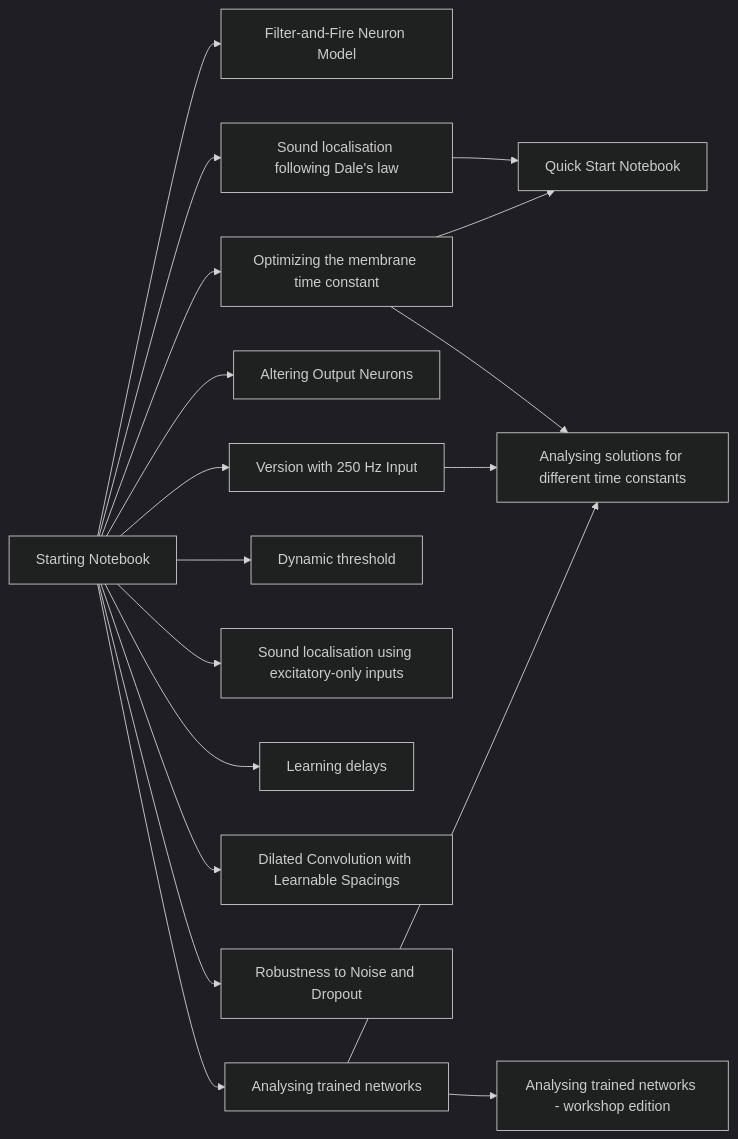
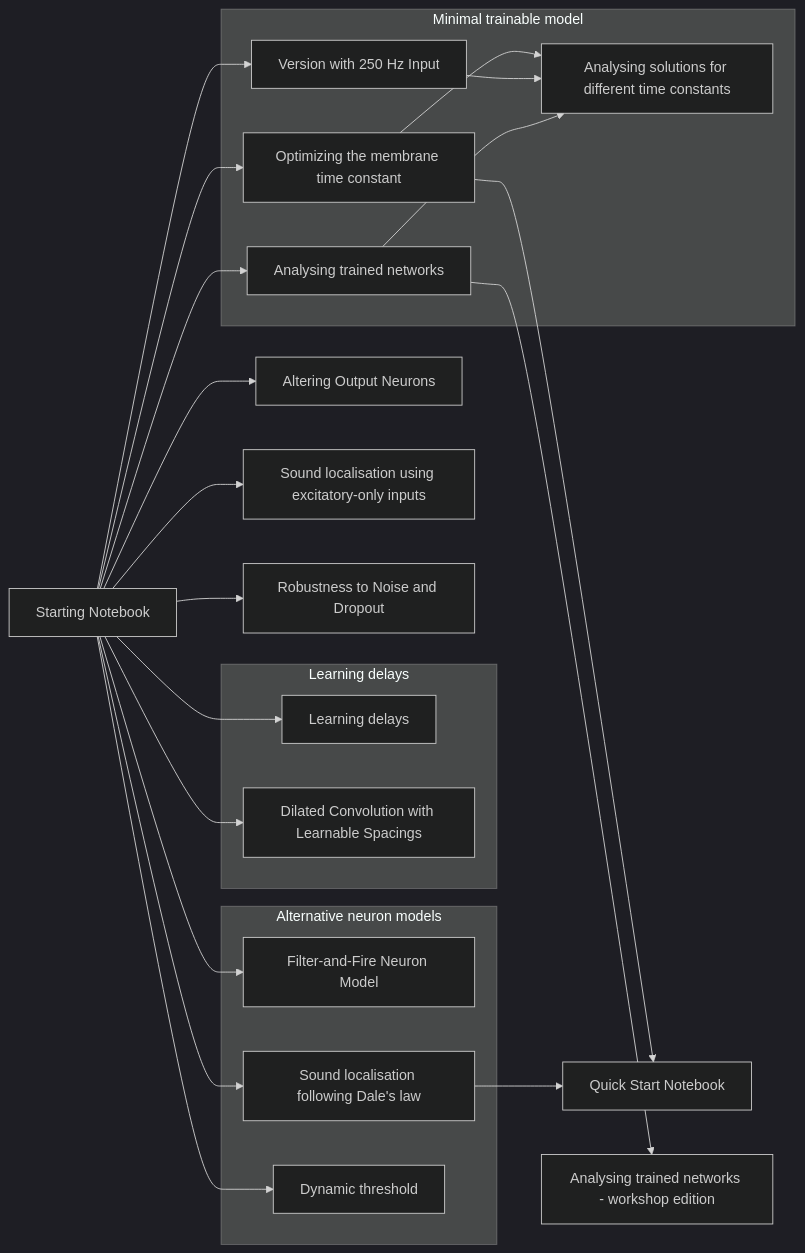
The diagram in paper/sections/notebook_map.md (comob-project/snn-sound-localization), drawn with Mermaid (dark theme) before and after one commit.

Commit message:
subgraphs to indicate paper sections

````diff
--- a/paper/sections/notebook_map.md
+++ b/paper/sections/notebook_map.md
@@ -5,20 +5,31 @@
 ```{mermaid}
 flowchart LR
     SN[Starting Notebook] --> FF[Filter-and-Fire Neuron Model]
     Dale --> QS[Quick Start Notebook]
     Tau --> QS
     SN --> AON[Altering Output Neurons]
     ATN --> AW[Analysing trained networks - workshop edition]
     SN --> Dale[Sound localisation following Dale's law]
     SN --> DThr[Dynamic threshold]
     SN --> Exc[Sound localisation using excitatory-only inputs]
     SN --> DDL[Learning delays]
     SN --> DCLS[Dilated Convolution with Learnable Spacings]
     SN --> Rob[Robustness to Noise and Dropout]
     SN --> V250[Version with 250 Hz Input]
     SN --> ATN[Analysing trained networks]
     SN --> Tau[Optimizing the membrane time constant]
-    Tau --> AnTau[Analysing solutions for different time constants]
-    V250 --> AnTau
-    ATN --> AnTau
+    subgraph Minimal trainable model
+        Tau --> AnTau[Analysing solutions for different time constants]
+        V250 --> AnTau
+        ATN --> AnTau
+    end
+    subgraph Learning delays
+        DDL
+        DCLS
+    end
+    subgraph Alternative neuron models
+        FF
+        Dale
+        DThr
+    end
 ```
````
